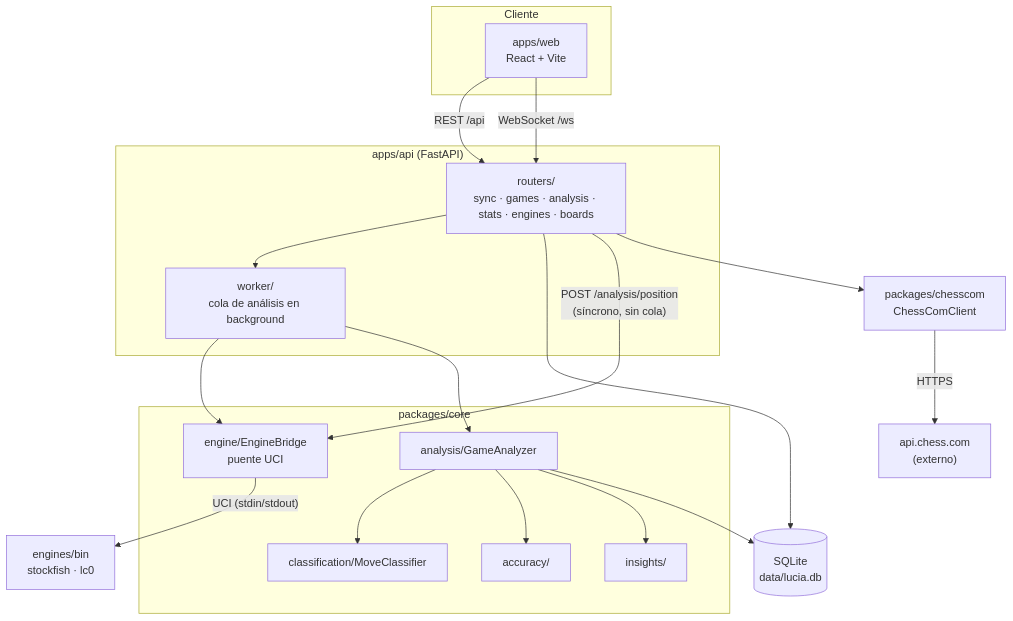
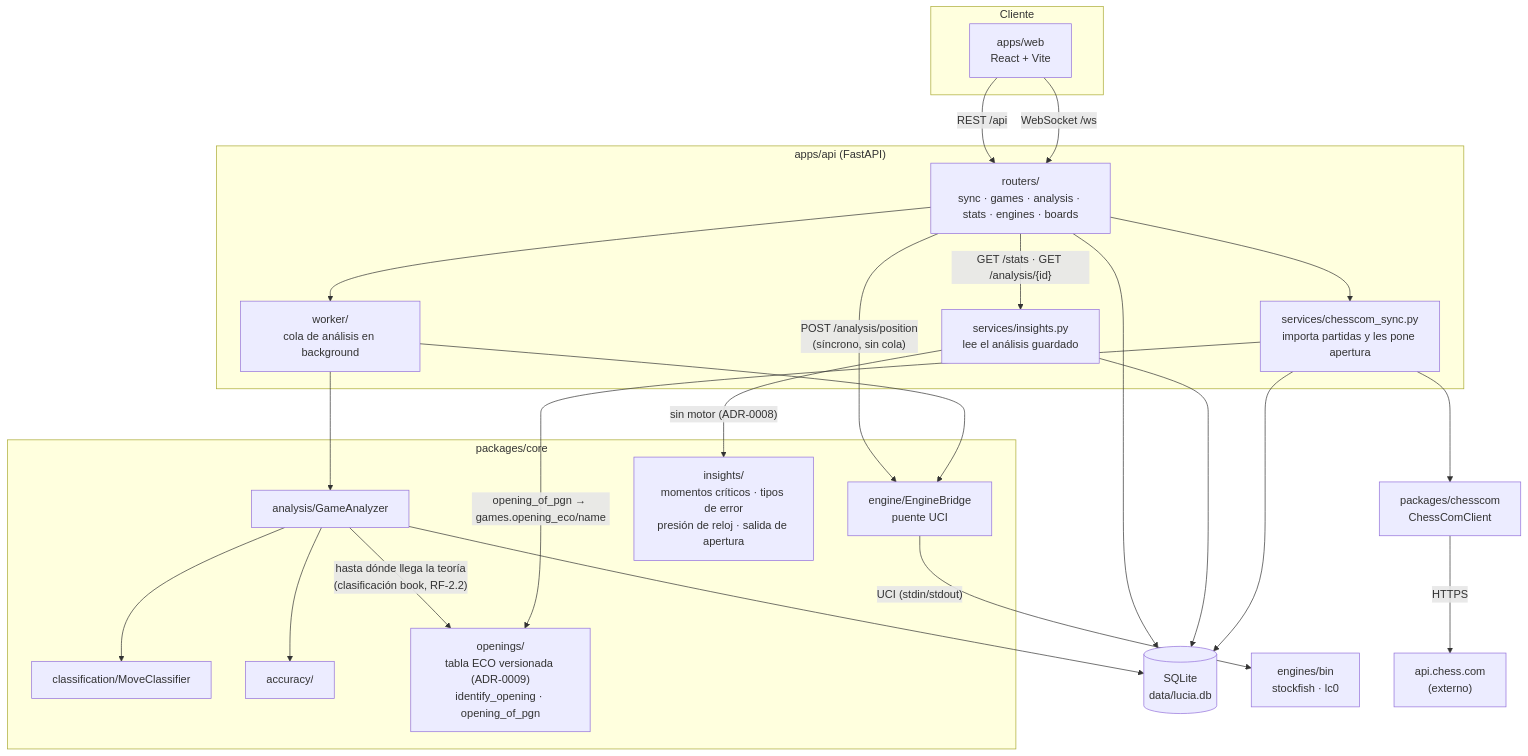
One commit to SirJsus/LUCIA changed the first of 7 diagrams in docs/06-mapa-del-proyecto.md. Above: the diagram before and after it, drawn with Mermaid. The commit also changed other lines of this file and 42 other files, not shown here.

````diff
--- a/docs/06-mapa-del-proyecto.md
+++ b/docs/06-mapa-del-proyecto.md
@@ -24,39 +24,48 @@
 ```mermaid
 flowchart TB
     subgraph Cliente
         WEB["apps/web<br/>React + Vite"]
     end
 
     subgraph Servidor["apps/api (FastAPI)"]
         ROUTERS["routers/<br/>sync · games · analysis · stats · engines · boards"]
         WORKER["worker/<br/>cola de análisis en background"]
+        SVC_INSIGHTS["services/insights.py<br/>lee el análisis guardado"]
+        SVC_SYNC["services/chesscom_sync.py<br/>importa partidas y les pone apertura"]
     end
 
     subgraph Nucleo["packages/core"]
         BRIDGE["engine/EngineBridge<br/>puente UCI"]
         ANALYSIS["analysis/GameAnalyzer"]
         CLASS["classification/MoveClassifier"]
         ACC["accuracy/"]
-        INSIGHTS["insights/"]
+        INSIGHTS["insights/<br/>momentos críticos · tipos de error<br/>presión de reloj · salida de apertura"]
+        OPENINGS["openings/<br/>tabla ECO versionada (ADR-0009)<br/>identify_opening · opening_of_pgn"]
     end
 
     CHESSCOM["packages/chesscom<br/>ChessComClient"]
     DB[("SQLite<br/>data/lucia.db")]
     ENGINES["engines/bin<br/>stockfish · lc0"]
     API_CHESSCOM["api.chess.com<br/>(externo)"]
 
     WEB -- "REST /api" --> ROUTERS
     WEB -- "WebSocket /ws" --> ROUTERS
     ROUTERS --> WORKER
     ROUTERS --> DB
+    ROUTERS -- "GET /stats · GET /analysis/{id}" --> SVC_INSIGHTS
+    SVC_INSIGHTS --> DB
+    SVC_INSIGHTS -- "sin motor (ADR-0008)" --> INSIGHTS
     ROUTERS -- "POST /analysis/position<br/>(síncrono, sin cola)" --> BRIDGE
     WORKER --> BRIDGE
     WORKER --> ANALYSIS
     ANALYSIS --> CLASS
     ANALYSIS --> ACC
-    ANALYSIS --> INSIGHTS
+    ANALYSIS -- "hasta dónde llega la teoría<br/>(clasificación book, RF-2.2)" --> OPENINGS
     BRIDGE -- "UCI (stdin/stdout)" --> ENGINES
-    ROUTERS --> CHESSCOM
+    ROUTERS --> SVC_SYNC
+    SVC_SYNC --> CHESSCOM
+    SVC_SYNC -- "opening_of_pgn → games.opening_eco/name" --> OPENINGS
+    SVC_SYNC --> DB
     CHESSCOM -- "HTTPS" --> API_CHESSCOM
     ANALYSIS --> DB
 ```
````
